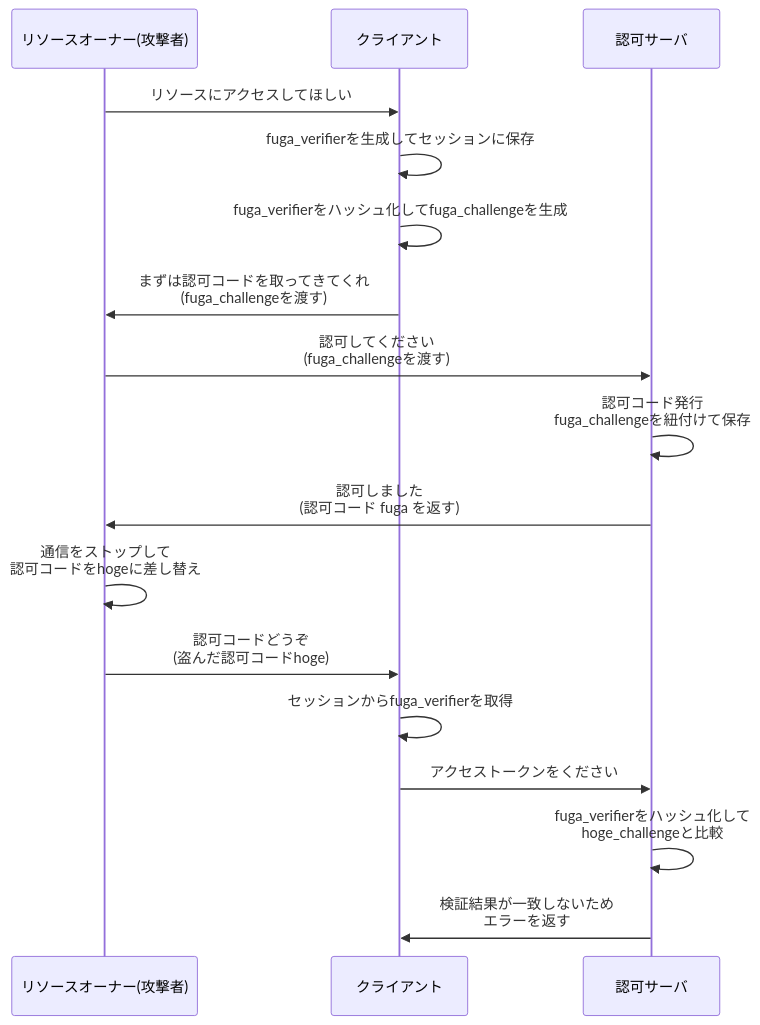
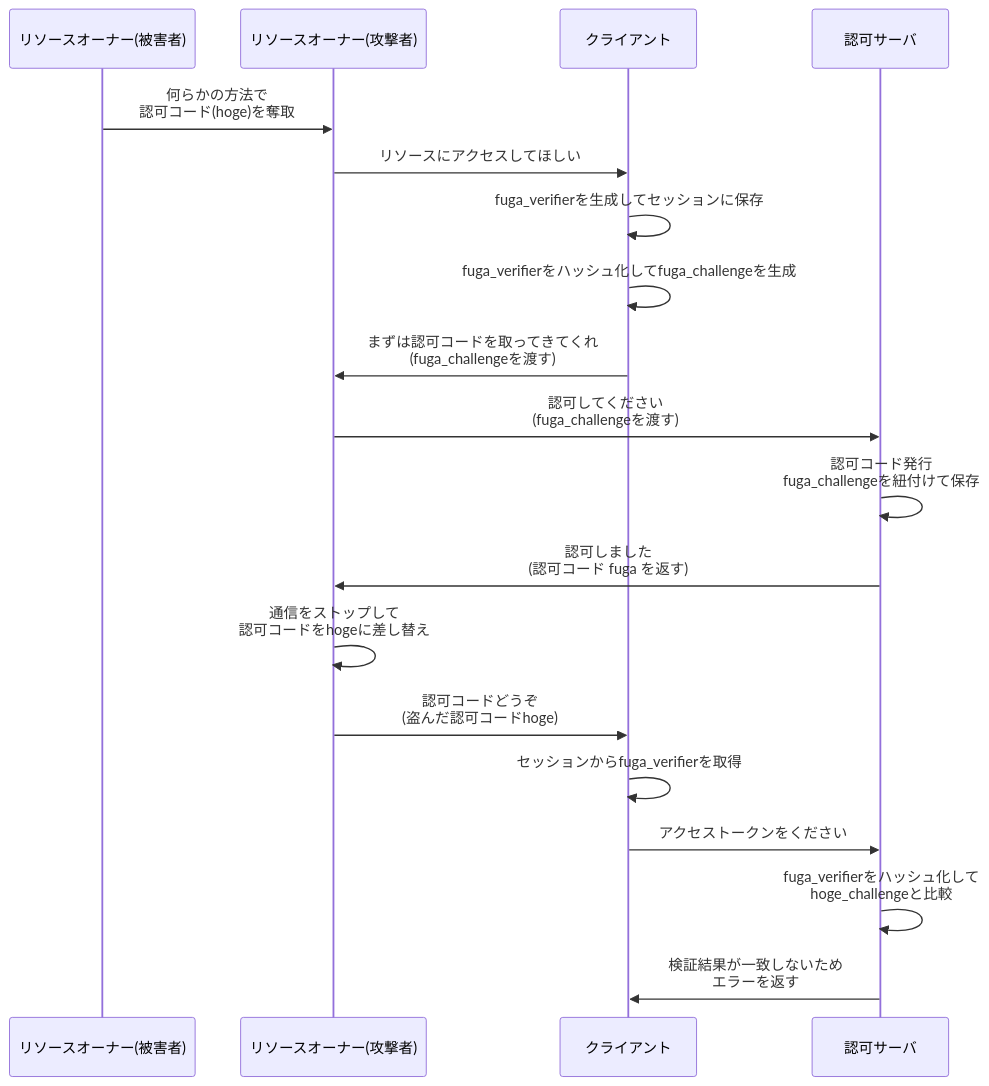
One commit to calloc134/zenn-dir changed diagram 12 of 18 in articles/5e8da6c491e720.md. Above: the diagram before and after it, drawn with Mermaid. The commit also changed other lines of this file, not shown here.

Commit message:
PKCEによる認可コード利用のフロー修正

````diff
--- a/articles/5e8da6c491e720.md
+++ b/articles/5e8da6c491e720.md
@@ -1101,21 +1100,23 @@
 ```mermaid
 sequenceDiagram
+    participant リソースオーナー(被害者)
     participant リソースオーナー(攻撃者)
     participant クライアント
     participant 認可サーバ
 
+    リソースオーナー(被害者)->>リソースオーナー(攻撃者): 何らかの方法で<br>認可コード(hoge)を奪取
     リソースオーナー(攻撃者)->>クライアント: リソースにアクセスしてほしい
     クライアント->>クライアント: fuga_verifierを生成してセッションに保存
     クライアント->>クライアント: fuga_verifierをハッシュ化してfuga_challengeを生成
     クライアント->>リソースオーナー(攻撃者): まずは認可コードを取ってきてくれ<br>(fuga_challengeを渡す)
     リソースオーナー(攻撃者)->>認可サーバ: 認可してください<br>(fuga_challengeを渡す)
     認可サーバ->>認可サーバ: 認可コード発行<br>fuga_challengeを紐付けて保存
     認可サーバ->>リソースオーナー(攻撃者): 認可しました<br>(認可コード fuga を返す)
     リソースオーナー(攻撃者)->>リソースオーナー(攻撃者): 通信をストップして<br>認可コードをhogeに差し替え
     リソースオーナー(攻撃者)->>クライアント: 認可コードどうぞ<br>(盗んだ認可コードhoge)
     クライアント->>クライアント: セッションからfuga_verifierを取得
     クライアント->>認可サーバ: アクセストークンをください
     認可サーバ->>認可サーバ: fuga_verifierをハッシュ化して<br>hoge_challengeと比較
     認可サーバ->>クライアント: 検証結果が一致しないため<br>エラーを返す
 
 ```
````
